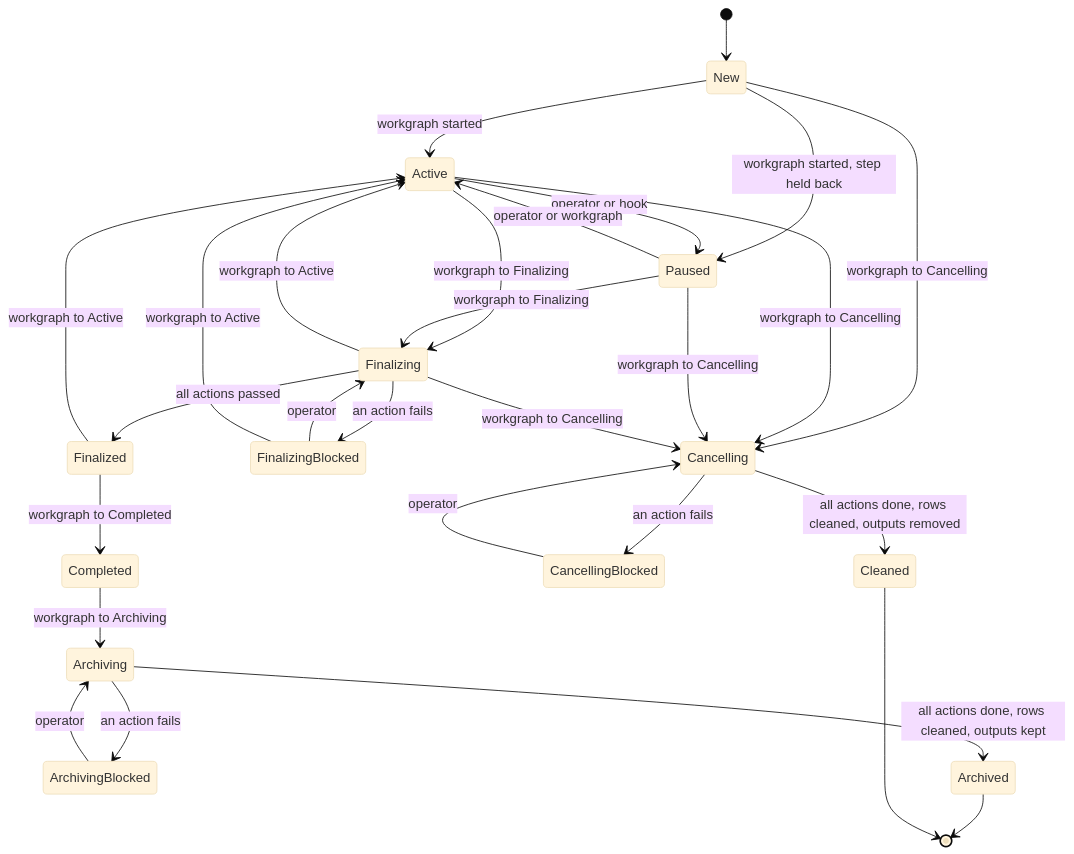
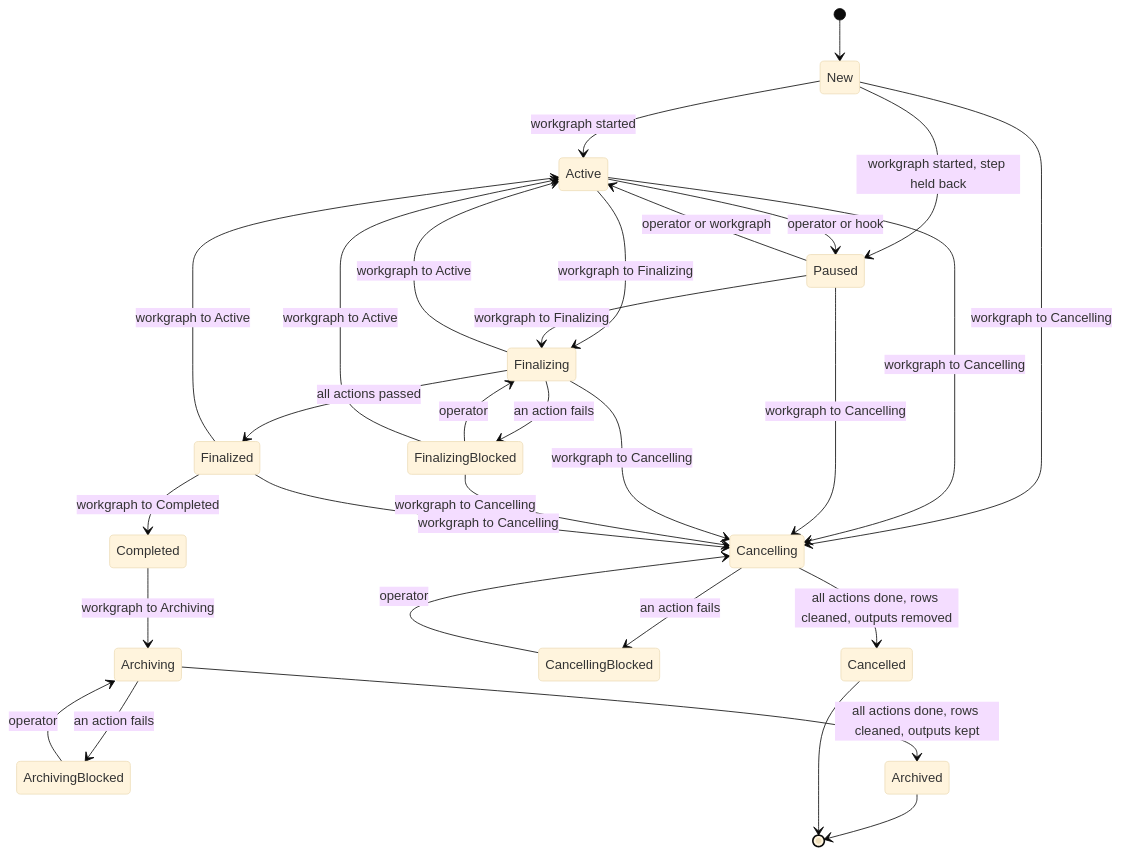
The second of 4 diagrams in docs/adr/DX-ADR-005_state_machines.md (DIRACGrid/diracx), drawn with Mermaid (base theme) before and after one commit. The commit also changed other lines of this file and 2 other files, not shown here.

First line of the commit message:
docs(adr): align DX-ADR-004/005 with the TransformationDB schema review

````diff
--- a/docs/adr/DX-ADR-005_state_machines.md
+++ b/docs/adr/DX-ADR-005_state_machines.md
@@ -98,30 +98,32 @@
 ```mermaid
 stateDiagram-v2
     [*] --> New
     New --> Active : workgraph started
     New --> Paused : workgraph started, step held back
     New --> Cancelling : workgraph to Cancelling
     Active --> Paused : operator or hook
     Paused --> Active : operator or workgraph
     Active --> Finalizing : workgraph to Finalizing
     Paused --> Finalizing : workgraph to Finalizing
     Finalizing --> FinalizingBlocked : an action fails
     FinalizingBlocked --> Finalizing : operator
     Finalizing --> Finalized : all actions passed
     Finalizing --> Active : workgraph to Active
     FinalizingBlocked --> Active : workgraph to Active
     Finalized --> Active : workgraph to Active
     Finalized --> Completed : workgraph to Completed
     Completed --> Archiving : workgraph to Archiving
     Archiving --> ArchivingBlocked : an action fails
     ArchivingBlocked --> Archiving : operator
     Archiving --> Archived : all actions done, rows cleaned, outputs kept
     Active --> Cancelling : workgraph to Cancelling
     Paused --> Cancelling : workgraph to Cancelling
     Finalizing --> Cancelling : workgraph to Cancelling
+    FinalizingBlocked --> Cancelling : workgraph to Cancelling
+    Finalized --> Cancelling : workgraph to Cancelling
     Cancelling --> CancellingBlocked : an action fails
     CancellingBlocked --> Cancelling : operator
-    Cancelling --> Cleaned : all actions done, rows cleaned, outputs removed
+    Cancelling --> Cancelled : all actions done, rows cleaned, outputs removed
     Archived --> [*]
-    Cleaned --> [*]
+    Cancelled --> [*]
 ```
````
